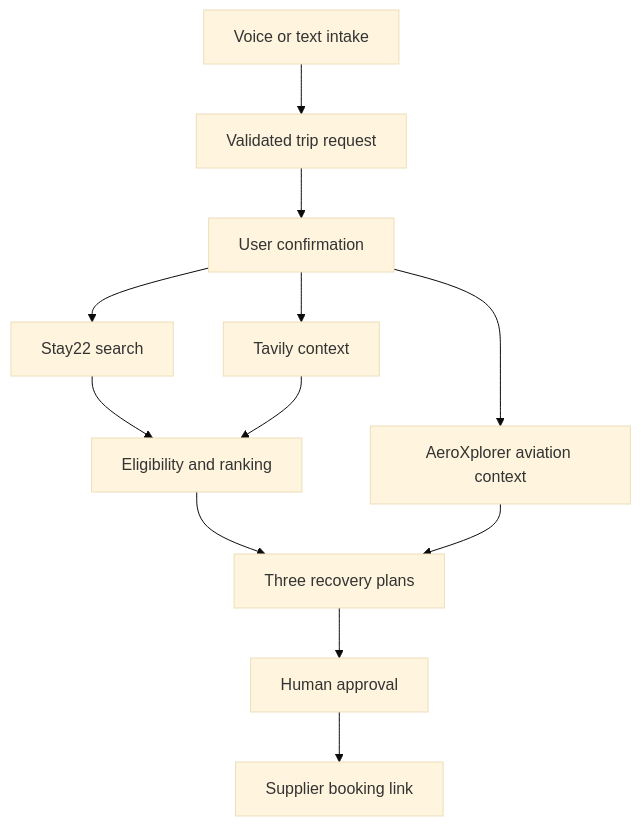
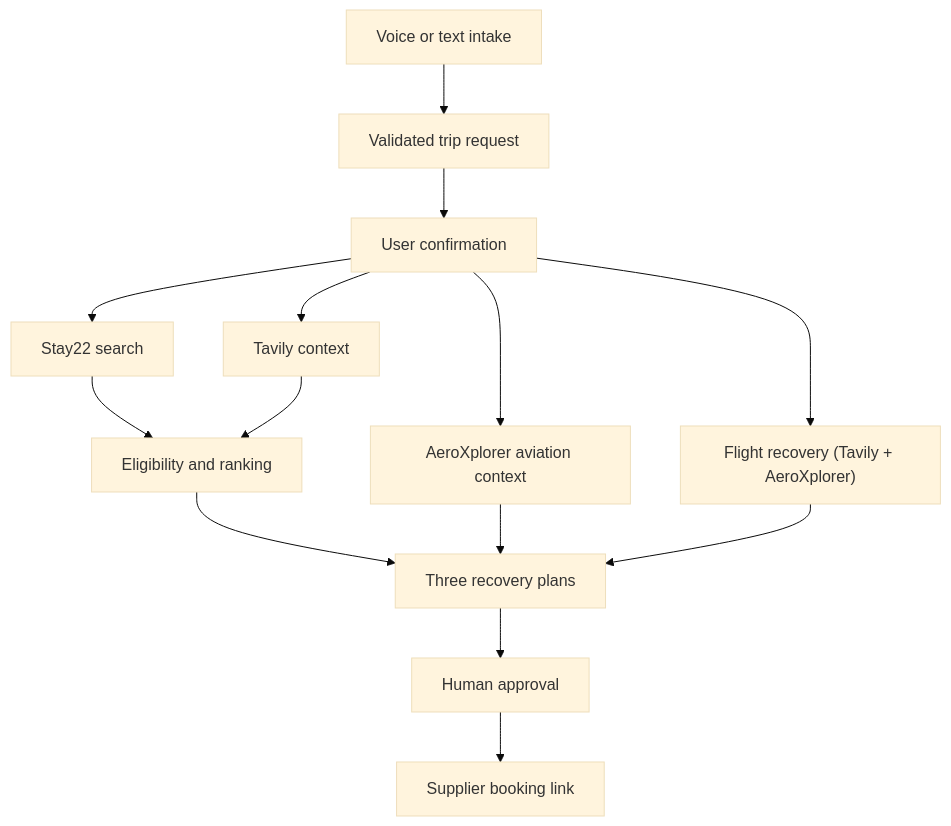
One commit to rexbel/landingpad-travel-recovery changed the diagram in docs/architecture.md. Above: the diagram before and after it, drawn with Mermaid (base theme). The commit also changed other lines of this file and 22 other files, not shown here.

Commit message:
Add flight-recovery assistance alongside hotel recovery

````diff
--- a/docs/architecture.md
+++ b/docs/architecture.md
@@ -5,14 +5,16 @@
 ```mermaid
 flowchart TD
     A["Voice or text intake"] --> B["Validated trip request"]
     B --> C["User confirmation"]
     C --> D["Stay22 search"]
     C --> E["Tavily context"]
     C --> J["AeroXplorer aviation context"]
+    C --> K["Flight recovery (Tavily + AeroXplorer)"]
     D --> F["Eligibility and ranking"]
     E --> F
     F --> G["Three recovery plans"]
     J --> G
+    K --> G
     G --> H["Human approval"]
     H --> I["Supplier booking link"]
 ```
````
